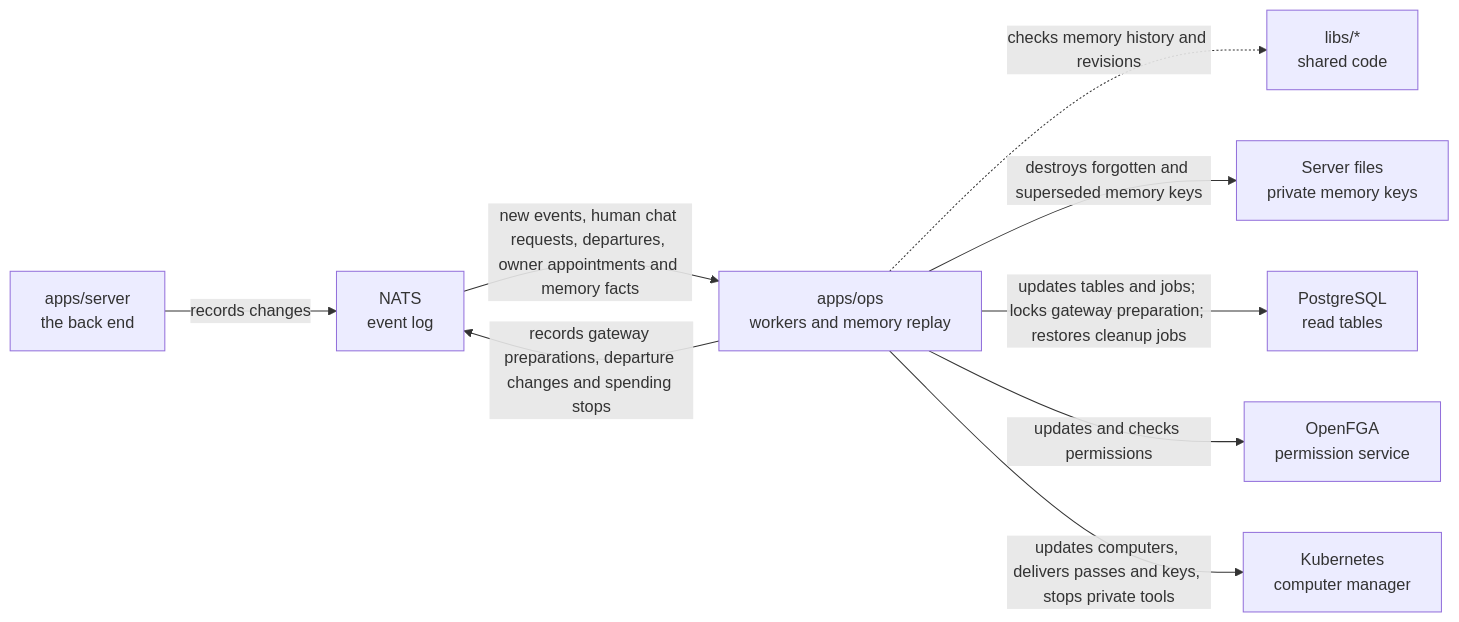
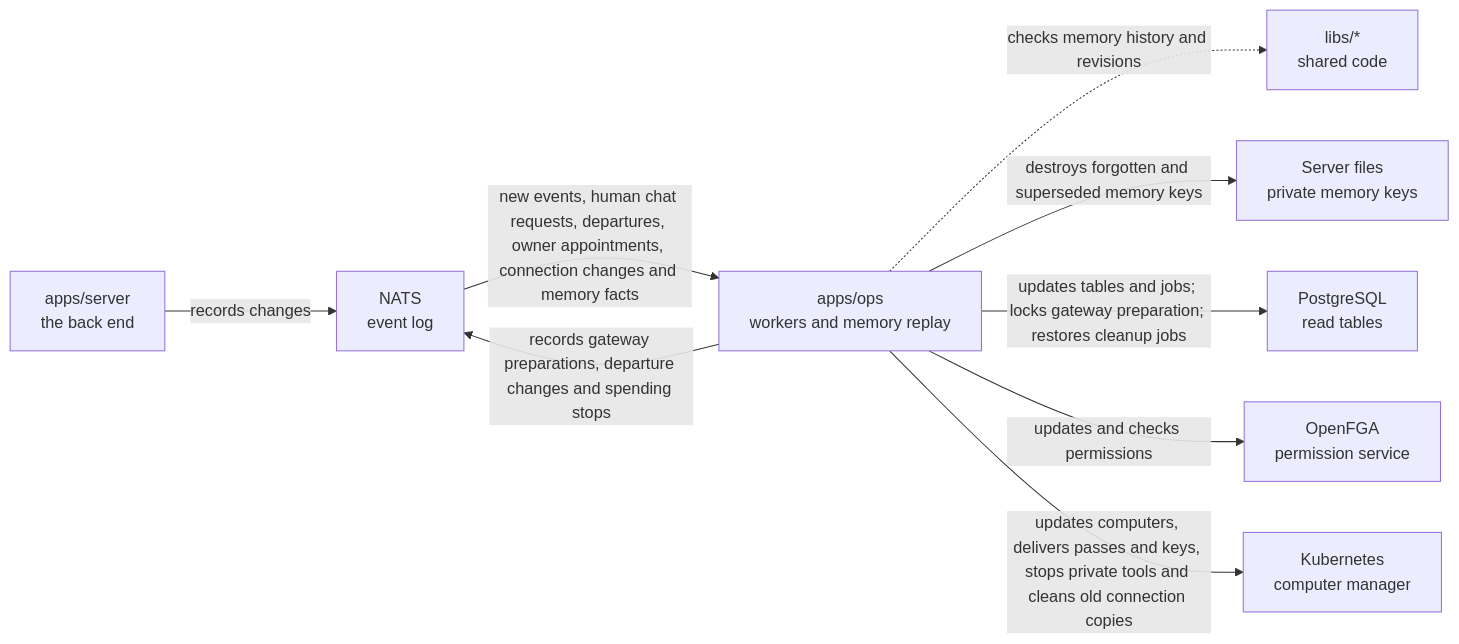
Before and after one commit to elewa-git/opencrane-new: the diagram in apps/ops/README.md, drawn with Mermaid. The commit also changed other lines of this file and 19 other files, not shown here.

Commit message:
🧹 Clean exact old connection generations after saved changes

````diff
--- a/apps/ops/README.md
+++ b/apps/ops/README.md
@@ -11,11 +11,11 @@
 ```mermaid
 flowchart LR
   server["apps/server<br/>the back end"] -->|records changes| nats["NATS<br/>event log"]
-  nats -->|new events, human chat requests, departures, owner appointments and memory facts| ops["apps/ops<br/>workers and memory replay"]
+  nats -->|new events, human chat requests, departures, owner appointments, connection changes and memory facts| ops["apps/ops<br/>workers and memory replay"]
   ops -->|records gateway preparations, departure changes and spending stops| nats
   ops -.->|checks memory history and revisions| libs["libs/*<br/>shared code"]
   ops -->|destroys forgotten and superseded memory keys| keys["Server files<br/>private memory keys"]
   ops -->|updates tables and jobs; locks gateway preparation; restores cleanup jobs| postgres["PostgreSQL<br/>read tables"]
   ops -->|updates and checks permissions| fga["OpenFGA<br/>permission service"]
-  ops -->|updates computers, delivers passes and keys, stops private tools| kube["Kubernetes<br/>computer manager"]
+  ops -->|updates computers, delivers passes and keys, stops private tools and cleans old connection copies| kube["Kubernetes<br/>computer manager"]
 ```
````
